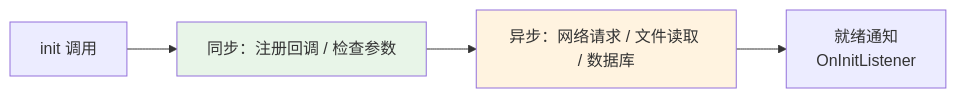
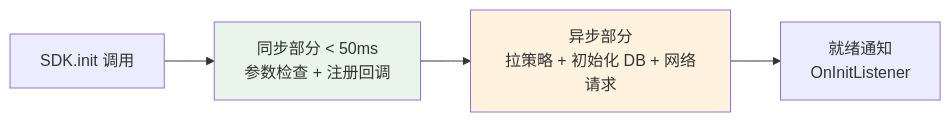
One commit to chongyang211/YCBookBlog changed the third of 6 diagrams in docs/10.真经/05.方案设计思想/03.SDK设计与发布方案.md. Above: the diagram before and after it, drawn with Mermaid. The commit also changed other lines of this file and 36 other files, not shown here.

````diff
--- a/docs/10.真经/05.方案设计思想/03.SDK设计与发布方案.md
+++ b/docs/10.真经/05.方案设计思想/03.SDK设计与发布方案.md
@@ -378,9 +594,9 @@
 ```mermaid
 graph LR
-    A[init 调用] --> B[同步：注册回调 / 检查参数]
-    B --> C[异步：网络请求 / 文件读取 / 数据库]
+    A[SDK.init 调用] --> B[同步部分 < 50ms<br/>参数检查 + 注册回调]
+    B --> C[异步部分<br/>拉策略 + 初始化 DB + 网络请求]
     C --> D[就绪通知<br/>OnInitListener]
     
     style B fill:#e8f5e8
     style C fill:#fff3e0
 ```
````
